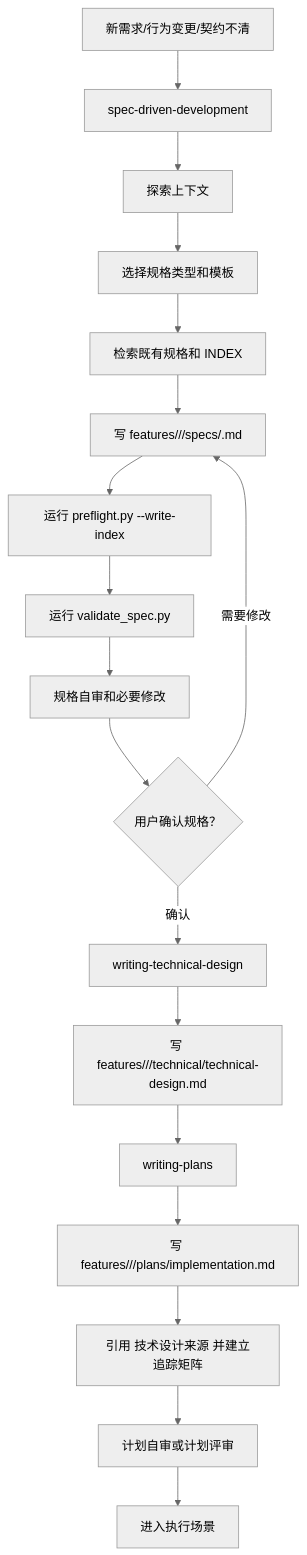
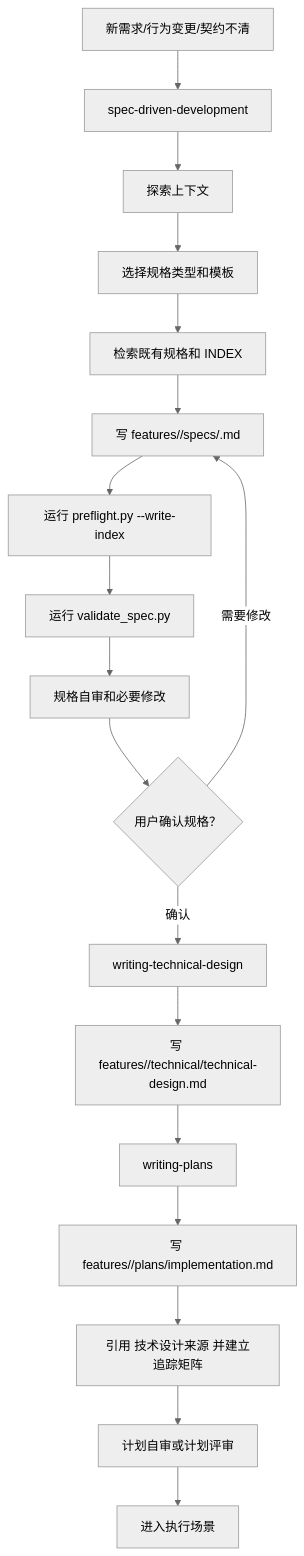
Before and after one commit to Vincen-dev/coding-plugins: the third of 11 diagrams in docs/workflow-chain.md, drawn with Mermaid (neutral theme). The commit also changed other lines of this file and 184 other files, not shown here.

````diff
--- a/docs/workflow-chain.md
+++ b/docs/workflow-chain.md
@@ -180,20 +180,20 @@
 ```mermaid
 flowchart TD
   A["新需求/行为变更/契约不清"] --> B["spec-driven-development"]
   B --> C["探索上下文"]
   C --> D["选择规格类型和模板"]
   D --> E["检索既有规格和 INDEX"]
-  E --> F["写 features/<area>/<capability>/specs/<spec-kind>.md"]
+  E --> F["写 features/<feature-name>/specs/<spec-kind>.md"]
   F --> G["运行 preflight.py --write-index"]
   G --> H["运行 validate_spec.py"]
   H --> I["规格自审和必要修改"]
   I --> J{"用户确认规格？"}
   J -->|需要修改| F
   J -->|确认| TD["writing-technical-design"]
-  TD --> K["写 features/<area>/<capability>/technical/technical-design.md"]
+  TD --> K["写 features/<feature-name>/technical/technical-design.md"]
   K --> L["writing-plans"]
-  L --> M["写 features/<area>/<capability>/plans/implementation.md"]
+  L --> M["写 features/<feature-name>/plans/implementation.md"]
   M --> N["引用 技术设计来源 并建立追踪矩阵"]
   N --> O["计划自审或计划评审"]
   O --> P["进入执行场景"]
 ```
````
